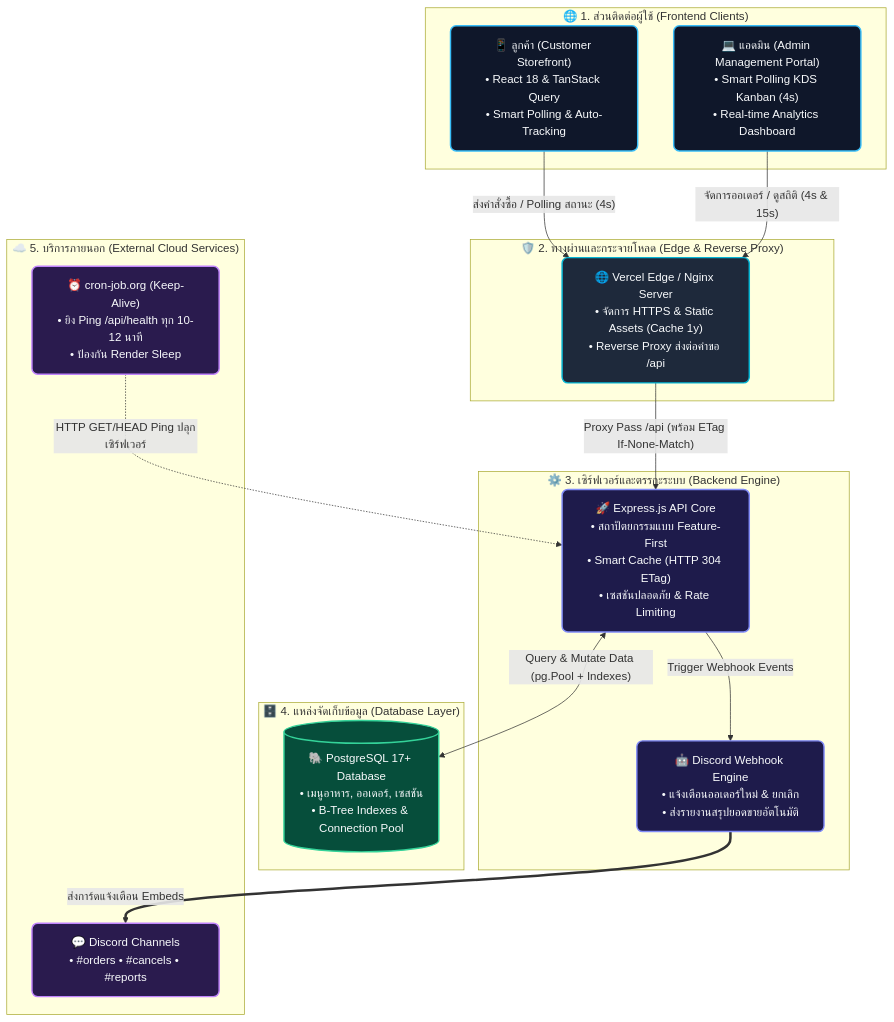
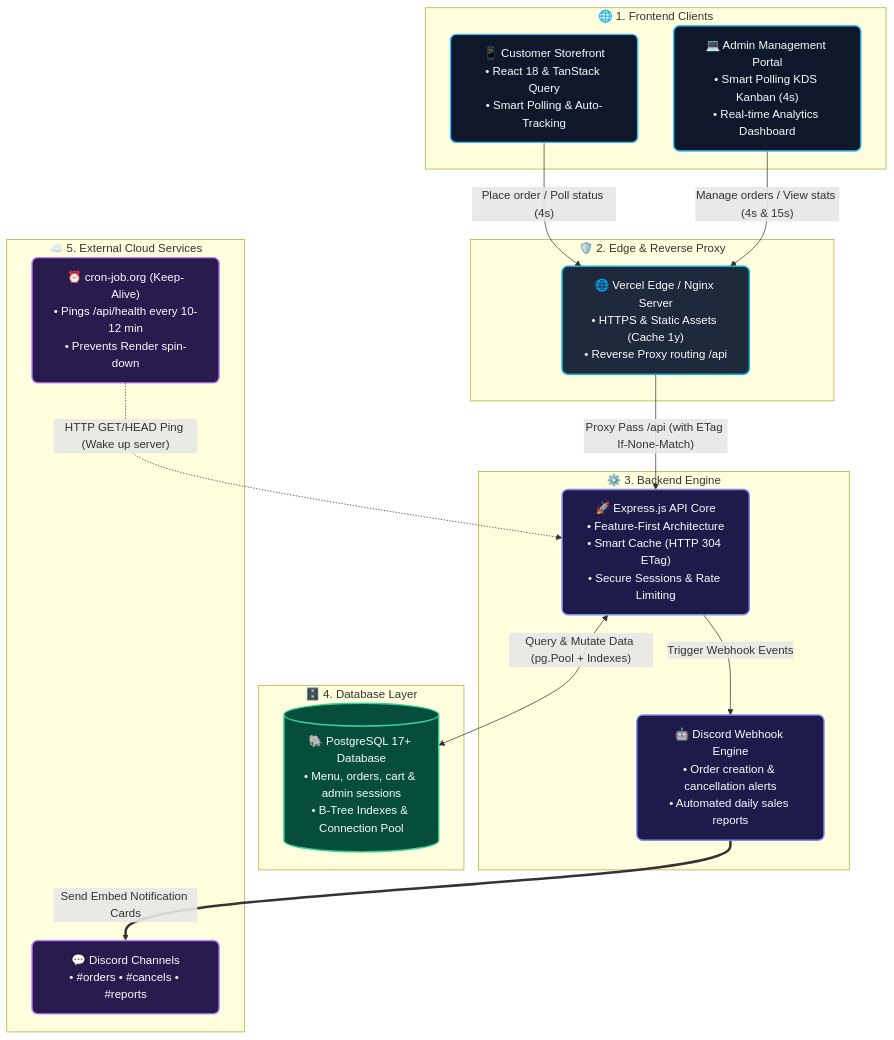
Before and after one commit to Youngmaidainon/Food-Order-Web-Application: the diagram in README.md, drawn with Mermaid. The commit also changed other lines of this file and 3 other files, not shown here.

````diff
--- a/README.md
+++ b/README.md
@@ -25,39 +25,39 @@
 ```mermaid
 flowchart TD
     classDef client fill:#0f172a,stroke:#38bdf8,stroke-width:2px,color:#f8fafc,rx:8px
     classDef proxy fill:#1e293b,stroke:#06b6d4,stroke-width:2px,color:#f8fafc,rx:8px
     classDef backend fill:#1e1b4b,stroke:#818cf8,stroke-width:2px,color:#f8fafc,rx:8px
     classDef db fill:#064e3b,stroke:#34d399,stroke-width:2px,color:#f8fafc,rx:8px
     classDef ext fill:#2a1b4e,stroke:#c084fc,stroke-width:2px,color:#f8fafc,rx:8px
 
-    subgraph CLIENTS ["🌐 1. ส่วนติดต่อผู้ใช้ (Frontend Clients)"]
-        Customer["📱 ลูกค้า (Customer Storefront)<br/>• React 18 & TanStack Query<br/>• Smart Polling & Auto-Tracking"]:::client
-        Admin["💻 แอดมิน (Admin Management Portal)<br/>• Smart Polling KDS Kanban (4s)<br/>• Real-time Analytics Dashboard"]:::client
+    subgraph CLIENTS ["🌐 1. Frontend Clients"]
+        Customer["📱 Customer Storefront<br/>• React 18 & TanStack Query<br/>• Smart Polling & Auto-Tracking"]:::client
+        Admin["💻 Admin Management Portal<br/>• Smart Polling KDS Kanban (4s)<br/>• Real-time Analytics Dashboard"]:::client
     end
 
-    subgraph GATEWAY ["🛡️ 2. ทางผ่านและกระจายโหลด (Edge & Reverse Proxy)"]
-        Proxy["🌐 Vercel Edge / Nginx Server<br/>• จัดการ HTTPS & Static Assets (Cache 1y)<br/>• Reverse Proxy ส่งต่อคำขอ /api"]:::proxy
+    subgraph GATEWAY ["🛡️ 2. Edge & Reverse Proxy"]
+        Proxy["🌐 Vercel Edge / Nginx Server<br/>• HTTPS & Static Assets (Cache 1y)<br/>• Reverse Proxy routing /api"]:::proxy
     end
 
-    subgraph BACKEND ["⚙️ 3. เซิร์ฟเวอร์และตรรกะระบบ (Backend Engine)"]
-        API["🚀 Express.js API Core<br/>• สถาปัตยกรรมแบบ Feature-First<br/>• Smart Cache (HTTP 304 ETag)<br/>• เซสชันปลอดภัย & Rate Limiting"]:::backend
-        DiscordModule["🤖 Discord Webhook Engine<br/>• แจ้งเตือนออเดอร์ใหม่ & ยกเลิก<br/>• ส่งรายงานสรุปยอดขายอัตโนมัติ"]:::backend
+    subgraph BACKEND ["⚙️ 3. Backend Engine"]
+        API["🚀 Express.js API Core<br/>• Feature-First Architecture<br/>• Smart Cache (HTTP 304 ETag)<br/>• Secure Sessions & Rate Limiting"]:::backend
+        DiscordModule["🤖 Discord Webhook Engine<br/>• Order creation & cancellation alerts<br/>• Automated daily sales reports"]:::backend
     end
 
-    subgraph STORAGE ["🗄️ 4. แหล่งจัดเก็บข้อมูล (Database Layer)"]
-        Database[("🐘 PostgreSQL 17+ Database<br/>• เมนูอาหาร, ออเดอร์, เซสชัน<br/>• B-Tree Indexes & Connection Pool")]:::db
+    subgraph STORAGE ["🗄️ 4. Database Layer"]
+        Database[("🐘 PostgreSQL 17+ Database<br/>• Menu, orders, cart & admin sessions<br/>• B-Tree Indexes & Connection Pool")]:::db
     end
 
-    subgraph EXTERNAL ["☁️ 5. บริการภายนอก (External Cloud Services)"]
-        CronBot["⏰ cron-job.org (Keep-Alive)<br/>• ยิง Ping /api/health ทุก 10-12 นาที<br/>• ป้องกัน Render Sleep"]:::ext
+    subgraph EXTERNAL ["☁️ 5. External Cloud Services"]
+        CronBot["⏰ cron-job.org (Keep-Alive)<br/>• Pings /api/health every 10-12 min<br/>• Prevents Render spin-down"]:::ext
         DiscordApp["💬 Discord Channels<br/>• #orders • #cancels • #reports"]:::ext
     end
 
-    Customer -->|"ส่งคำสั่งซื้อ / Polling สถานะ (4s)"| Proxy
-    Admin -->|"จัดการออเดอร์ / ดูสถิติ (4s & 15s)"| Proxy
-    Proxy -->|"Proxy Pass /api (พร้อม ETag If-None-Match)"| API
+    Customer -->|"Place order / Poll status (4s)"| Proxy
+    Admin -->|"Manage orders / View stats (4s & 15s)"| Proxy
+    Proxy -->|"Proxy Pass /api (with ETag If-None-Match)"| API
     API <-->|"Query & Mutate Data (pg.Pool + Indexes)"| Database
     API -->|"Trigger Webhook Events"| DiscordModule
-    DiscordModule ==>|"ส่งการ์ดแจ้งเตือน Embeds"| DiscordApp
-    CronBot -.->|"HTTP GET/HEAD Ping ปลุกเซิร์ฟเวอร์"| API
+    DiscordModule ==>|"Send Embed Notification Cards"| DiscordApp
+    CronBot -.->|"HTTP GET/HEAD Ping (Wake up server)"| API
 ```
````
